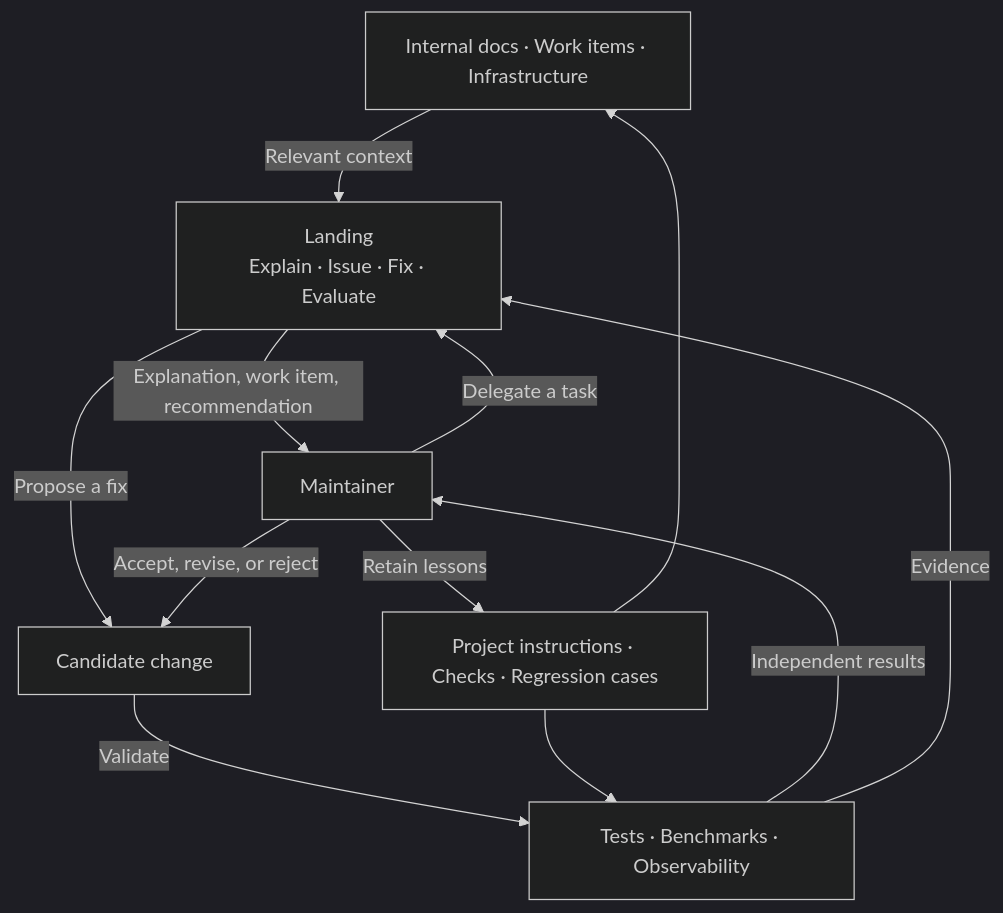
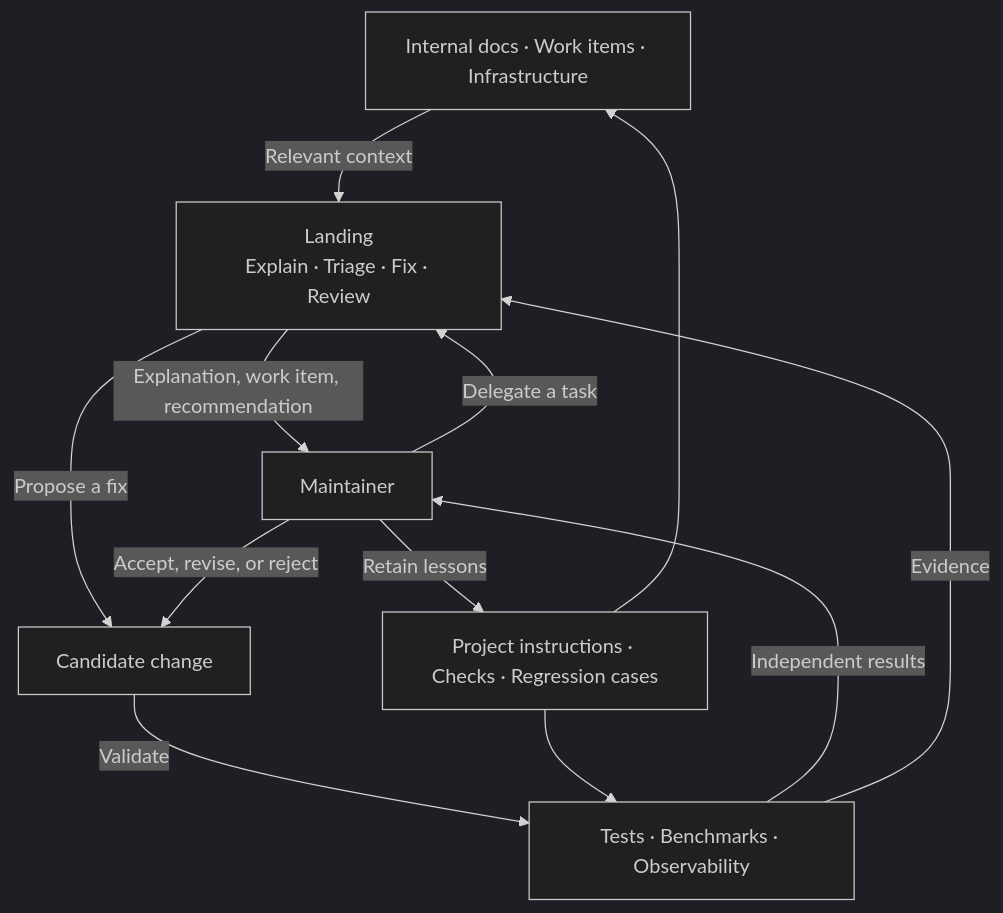
The diagram in docs/working-with-landing.md (actions-marketplace-validations/bubbuild_landing), drawn with Mermaid (dark theme) before and after one commit. The commit also changed other lines of this file and 39 other files, not shown here.

````diff
--- a/docs/working-with-landing.md
+++ b/docs/working-with-landing.md
@@ -20,21 +20,21 @@
 ```mermaid
 flowchart TB
     Context["Internal docs · Work items · Infrastructure"]
     Evidence["Tests · Benchmarks · Observability"]
     Candidate["Candidate change"]
-    Landing["Landing<br/>Explain · Issue · Fix · Evaluate"]
+    Landing["Landing<br/>Explain · Triage · Fix · Review"]
     People["Maintainer"]
     Learning["Project instructions · Checks · Regression cases"]
 
     Context -->|Relevant context| Landing
     Candidate -->|Validate| Evidence
     Evidence -->|Independent results| People
     Evidence -->|Evidence| Landing
     People -->|Delegate a task| Landing
     Landing -->|Explanation, work item, recommendation| People
     Landing -->|Propose a fix| Candidate
     People -->|Accept, revise, or reject| Candidate
     People -->|Retain lessons| Learning
     Learning --> Context
     Learning --> Evidence
 ```
````
